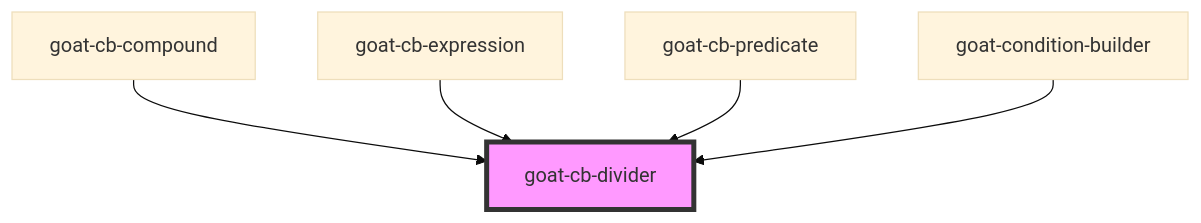
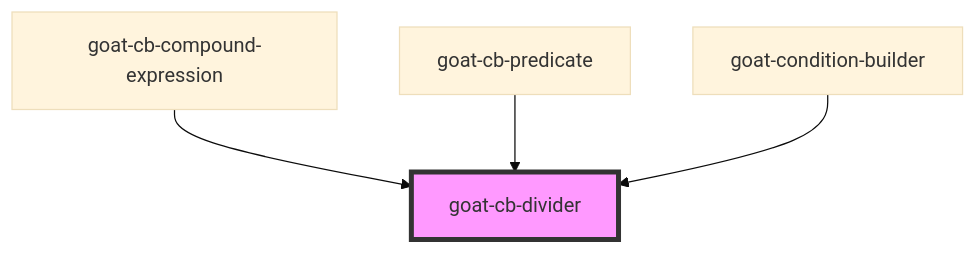
Before and after one commit to goatui/components: the diagram in src/components/condition-builder/cb-divider/readme.md, drawn with Mermaid (base theme). The commit also changed other lines of this file and 32 other files, not shown here.

````diff
--- a/src/components/condition-builder/cb-divider/readme.md
+++ b/src/components/condition-builder/cb-divider/readme.md
@@ -27,8 +26,7 @@
 ```mermaid
 graph TD;
-  goat-cb-compound --> goat-cb-divider
-  goat-cb-expression --> goat-cb-divider
+  goat-cb-compound-expression --> goat-cb-divider
   goat-cb-predicate --> goat-cb-divider
   goat-condition-builder --> goat-cb-divider
   style goat-cb-divider fill:#f9f,stroke:#333,stroke-width:4px
 ```
````
